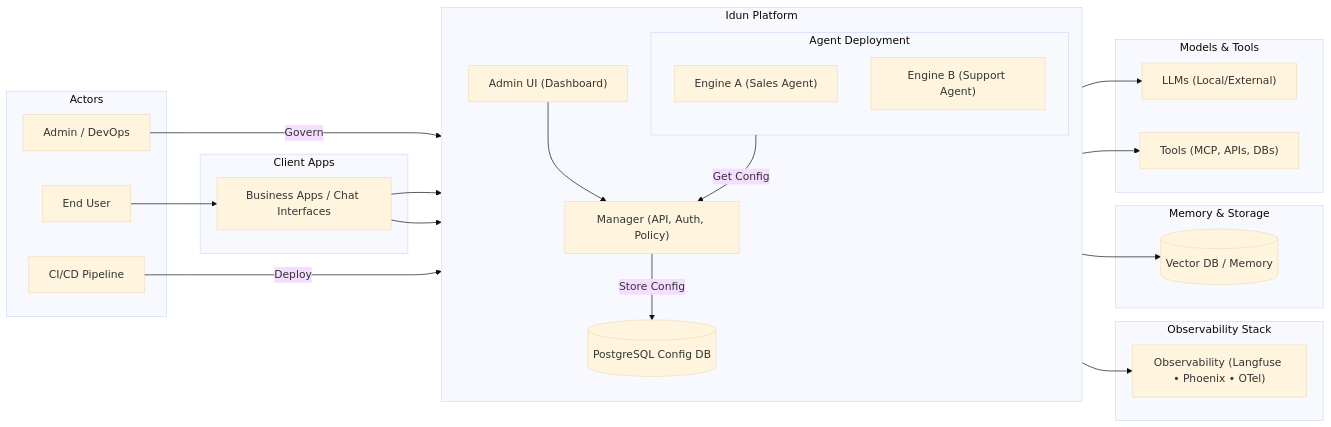
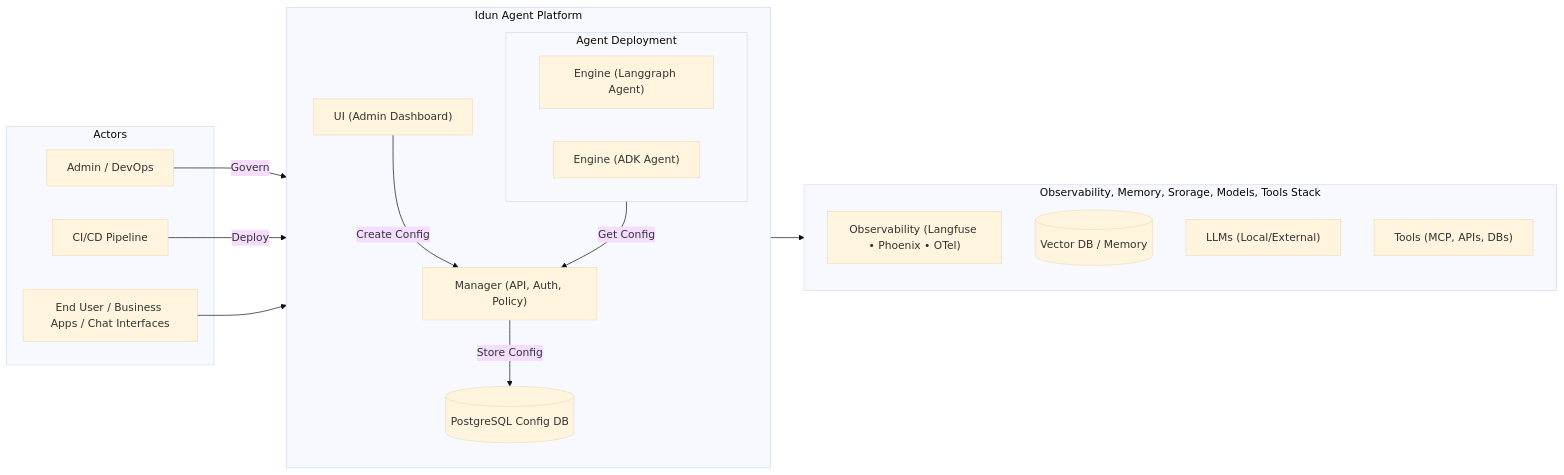
The diagram in README.md (Idun-Group/idun-agent-platform), drawn with Mermaid (base theme) before and after one commit. The commit also changed other lines of this file, not shown here.

````diff
--- a/README.md
+++ b/README.md
@@ -261,60 +247,45 @@
 ```mermaid
 flowchart LR
   subgraph Actors["Actors"]
-    User["End User"]
+    ChatUI["End User / Business Apps / Chat Interfaces"]
     Admin["Admin / DevOps"]
     CICD["CI/CD Pipeline"]
   end
 
-  subgraph Client_Apps["Client Apps"]
-    ChatUI["Business Apps / Chat Interfaces"]
-  end
-
-  subgraph Idun_Platform["Idun Platform"]
+  subgraph Idun_Platform["Idun Agent Platform"]
     direction TB
-    UI["Admin UI (Dashboard)"]
+    UI["UI (Admin Dashboard)"]
     MGR["Manager (API, Auth, Policy)"]
 
     subgraph Agents["Agent Deployment"]
-      ENG1["Engine A (Sales Agent)"]
-      ENG2["Engine B (Support Agent)"]
+      ENG1["Engine (Langgraph Agent)"]
+      ENG2["Engine (ADK Agent)"]
     end
 
     CFGDB[(PostgreSQL Config DB)]
   end
 
-  subgraph Observability_Stack["Observability Stack"]
+  subgraph Stack["Observability, Memory, Srorage, Models, Tools Stack"]
     OBS["Observability (Langfuse • Phoenix • OTel)"]
-  end
-
-  subgraph Memory_Storage["Memory & Storage"]
     VDB[(Vector DB / Memory)]
-  end
-
-  subgraph Models_Tools["Models & Tools"]
     LLM["LLMs (Local/External)"]
     TOOLS["Tools (MCP, APIs, DBs)"]
   end
 
   %% Admin Governance Flow
   Admin -- "Govern" --> UI
-  UI --> MGR
+  UI -- "Create Config" --> MGR
   MGR -- "Store Config" --> CFGDB
 
   %% Engines Fetching Config
   Agents -- "Get Config" --> MGR
 
   %% CI/CD Deploying Agents
   CICD -- "Deploy" --> Agents
 
   %% End User Flow
-  User --> ChatUI
-  ChatUI --> ENG1
-  ChatUI --> ENG2
+  ChatUI --> Agents
 
   %% Engine External Connections
-  Agents --> OBS
-  Agents --> VDB
-  Agents --> LLM
-  Agents --> TOOLS
+  Agents --> Stack
 ```
````
